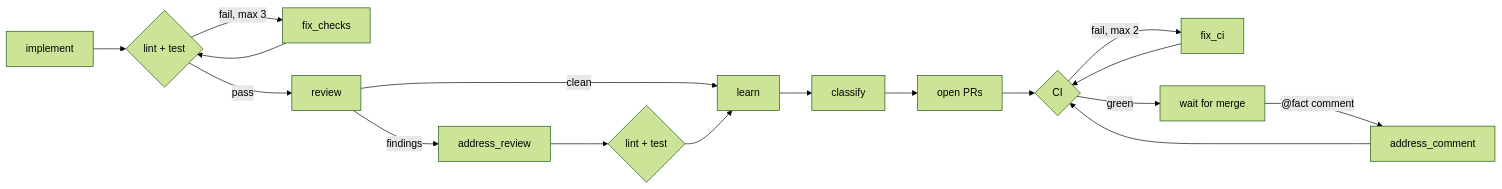
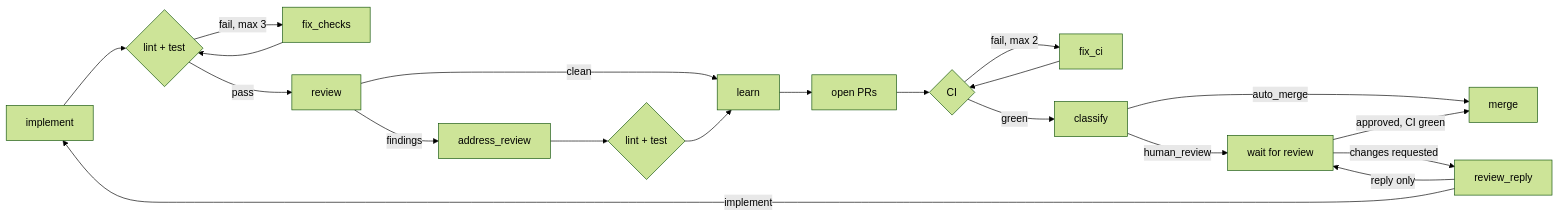
Before and after one commit to Kahncode/fact: the diagram in docs/spec/07-reference-workflow.md, drawn with Mermaid (forest theme). The commit also changed other lines of this file and 4 other files, not shown here.

````diff
--- a/docs/spec/07-reference-workflow.md
+++ b/docs/spec/07-reference-workflow.md
@@ -3,13 +3,18 @@
 ```mermaid
 flowchart LR
     I[implement] --> C{lint + test}
     C -- fail, max 3 --> F[fix_checks] --> C
     C -- pass --> R[review]
     R -- findings --> AR[address_review] --> C2{lint + test}
     R -- clean --> U[learn]
     C2 --> U
-    U --> CL[classify] --> P[open PRs] --> CI{CI}
+    U --> P[open PRs] --> CI{CI}
     CI -- fail, max 2 --> FC[fix_ci] --> CI
-    CI -- green --> M[wait for merge]
-    M -- "@fact comment" --> AC[address_comment] --> CI
+    CI -- green --> CL[classify]
+    CL -- auto_merge --> MG[merge]
+    CL -- human_review --> W[wait for review]
+    W -- approved, CI green --> MG
+    W -- changes requested --> RR[review_reply]
+    RR -- reply only --> W
+    RR -- implement --> I
 ```
````
